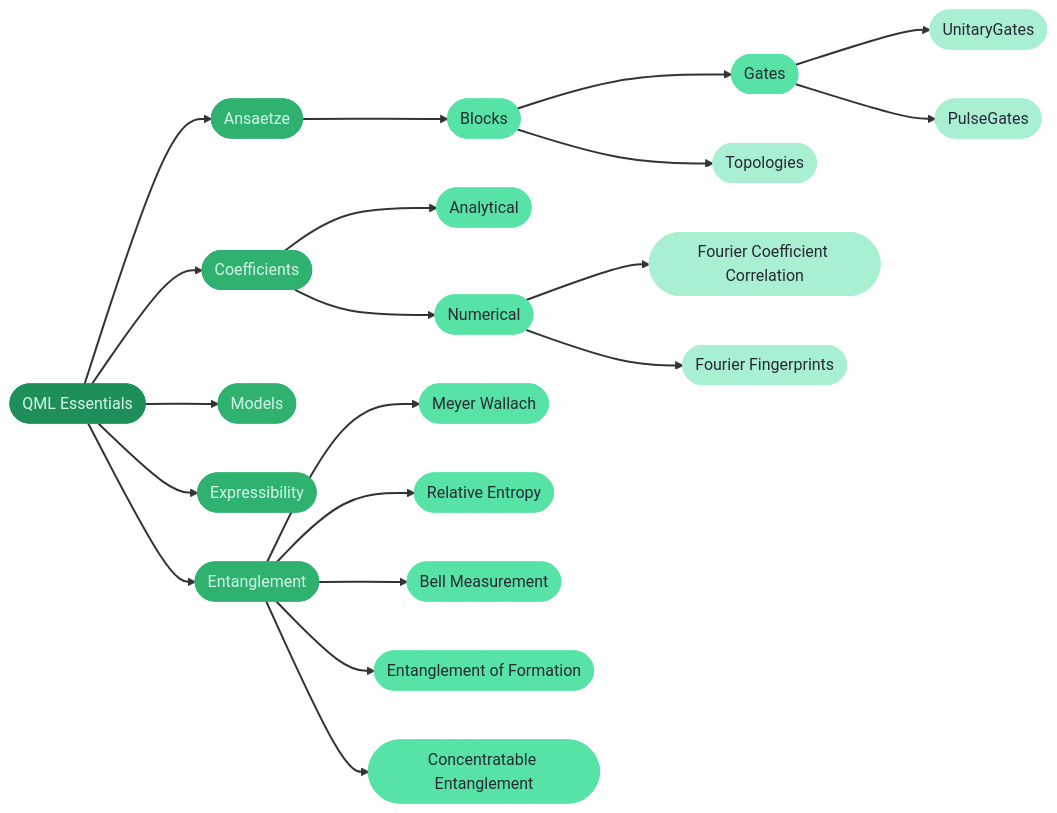
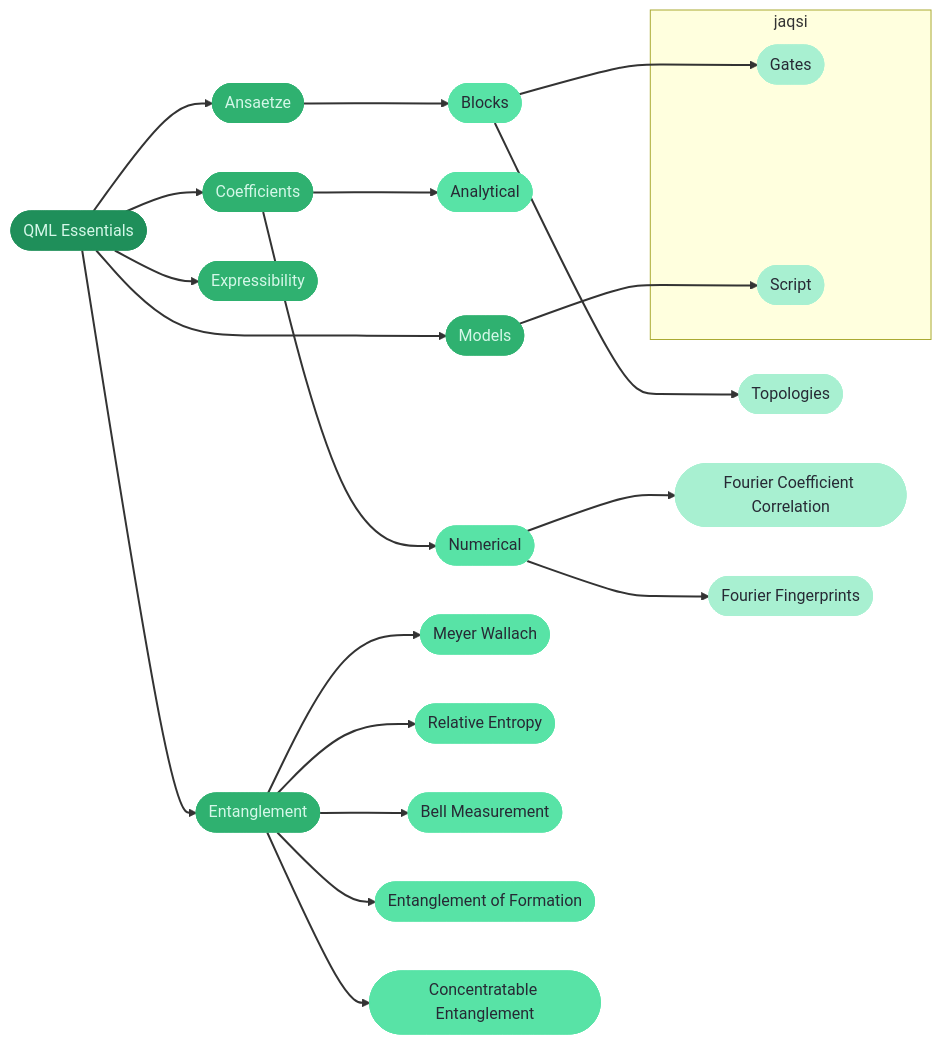
One commit to cirKITers/qml-essentials changed the diagram in README.md. Above: the diagram before and after it, drawn with Mermaid. The commit also changed other lines of this file, not shown here.

Commit message:
architecture update

````diff
--- a/README.md
+++ b/README.md
@@ -40,35 +42,39 @@
 ```mermaid
 flowchart LR
     qmless([QML Essentials])
     qmless --> qmless.ansaetze([Ansaetze])
     qmless.ansaetze --> qmless.blocks([Blocks])
-    qmless.blocks --> qmless.gates([Gates])
     qmless.blocks --> qmless.topo([Topologies])
-    qmless.gates --> qmless.unitary([UnitaryGates])
-    qmless.gates --> qmless.pulse([PulseGates])
+    qmless.blocks --> jaqsi.gates([Gates])
     qmless --> qmless.coefficients([Coefficients])
     qmless.coefficients --> qmless.analytical([Analytical])
     qmless.coefficients --> qmless.numerical([Numerical])
     qmless.numerical --> qmless.fcc([Fourier Coefficient Correlation])
     qmless.numerical --> qmless.fingerprint([Fourier Fingerprints])
     qmless --> qmless.models([Models])
+    qmless.models --> jaqsi.script([Script])
     qmless --> qmless.expr([Expressibility])
     qmless --> qmless.ent([Entanglement])
     qmless.ent --> qmless.mw([Meyer Wallach])
     qmless.ent --> qmless.re([Relative Entropy])
     qmless.ent --> qmless.bell([Bell Measurement])
     qmless.ent --> qmless.ef([Entanglement of Formation])
     qmless.ent --> qmless.ce([Concentratable Entanglement])
+
+    subgraph jaqsi [jaqsi]
+        jaqsi.gates
+        jaqsi.script
+    end
 
     classDef l1 fill:#1f8f5a,stroke:#1f8f5a,color:#d4f7e8
     classDef l2 fill:#2fb170,stroke:#2fb170,color:#d4f7e8
     classDef l3 fill:#58e3a6,stroke:#58e3a6,color:#272a35
     classDef l4 fill:#a8f0d1,stroke:#a8f0d1,color:#272a35
 
     linkStyle default stroke-width:2px
 
     class qmless l1
     class qmless.ansaetze,qmless.coefficients,qmless.models,qmless.expr,qmless.ent l2
-    class qmless.blocks,qmless.gates,qmless.numerical,qmless.analytical,qmless.mw,qmless.bell,qmless.ef,qmless.re,qmless.ce l3
-    class qmless.unitary,qmless.pulse,qmless.topo,qmless.fcc,qmless.fingerprint l4
+    class qmless.blocks,qmless.numerical,qmless.analytical,qmless.mw,qmless.bell,qmless.ef,qmless.re,qmless.ce l3
+    class qmless.topo,qmless.fcc,qmless.fingerprint,jaqsi.gates,jaqsi.script l4
 ```
````
